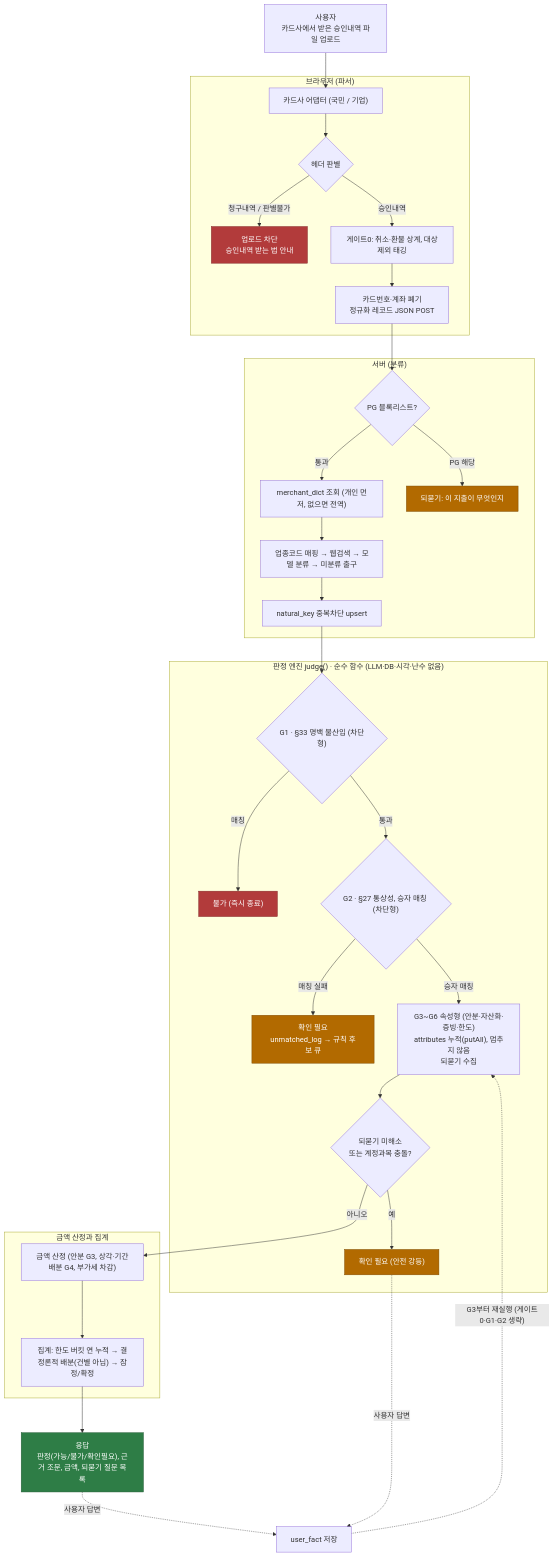
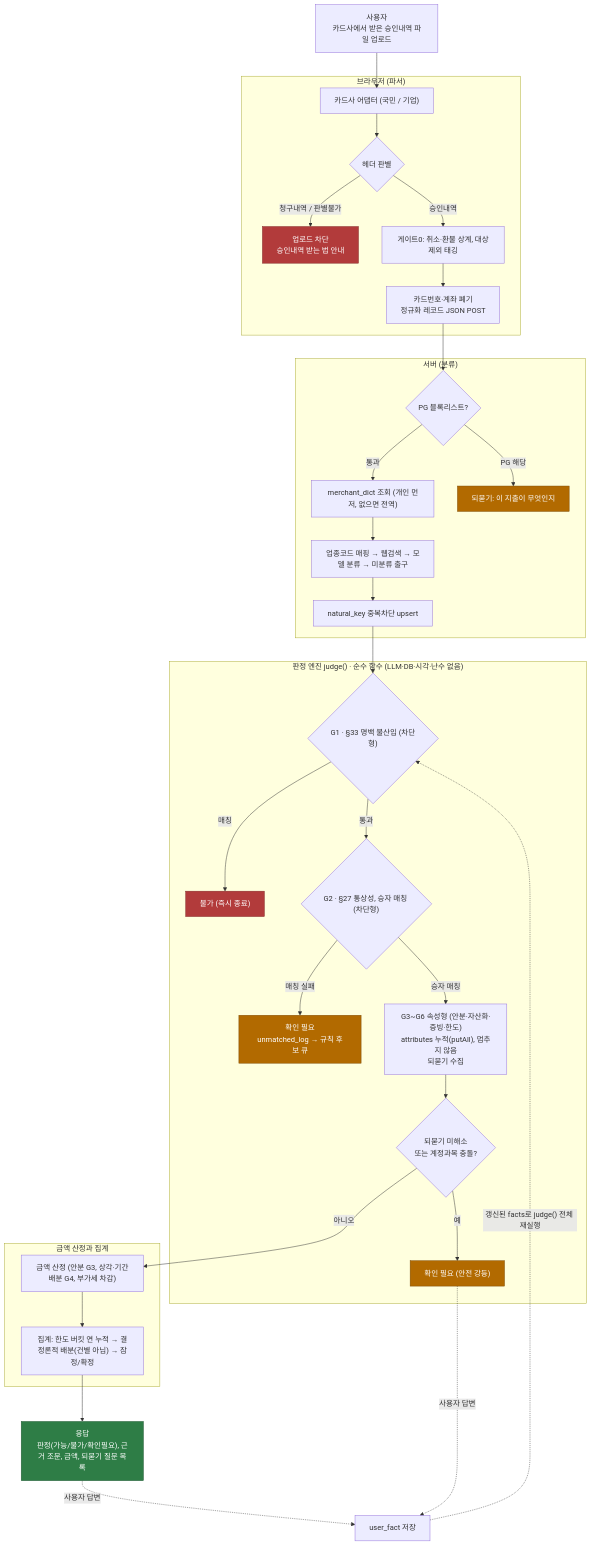
One commit to kakaotechcampus-4/ktc4-pusan-4 changed the first of 3 diagrams in docs/architecture.md. Above: the diagram before and after it, drawn with Mermaid.

Commit message:
docs: 다이어그램 반복 루프 수정

````diff
--- a/docs/architecture.md
+++ b/docs/architecture.md
@@ -14,65 +14,65 @@
 ```mermaid
 flowchart TD
     U["사용자<br/>카드사에서 받은 승인내역 파일 업로드"]
 
     subgraph BROWSER["브라우저 (파서)"]
         P1["카드사 어댑터 (국민 / 기업)"]
         P2{"헤더 판별"}
         BLOCK["업로드 차단<br/>승인내역 받는 법 안내"]
         P3["게이트0: 취소·환불 상계, 대상제외 태깅"]
         P4["카드번호·계좌 폐기<br/>정규화 레코드 JSON POST"]
         P1 --> P2
         P2 -->|"청구내역 / 판별불가"| BLOCK
         P2 -->|"승인내역"| P3 --> P4
     end
 
     subgraph SERVER["서버 (분류)"]
         S1{"PG 블록리스트?"}
         S2["merchant_dict 조회 (개인 먼저, 없으면 전역)"]
         S3["업종코드 매핑 → 웹검색 → 모델 분류 → 미분류 출구"]
         S4["natural_key 중복차단 upsert"]
         S1 -->|"PG 해당"| ASKC["되묻기: 이 지출이 무엇인지"]
         S1 -->|"통과"| S2 --> S3 --> S4
     end
 
     subgraph ENGINE["판정 엔진 judge() · 순수 함수 (LLM·DB·시각·난수 없음)"]
         G1{"G1 · §33 명백 불산입 (차단형)"}
         UNAV["불가 (즉시 종료)"]
         G2{"G2 · §27 통상성, 승자 매칭 (차단형)"}
         REVIEW["확인 필요<br/>unmatched_log → 규칙 후보 큐"]
         G36["G3~G6 속성형 (안분·자산화·증빙·한도)<br/>attributes 누적(putAll), 멈추지 않음<br/>되묻기 수집"]
         QCHK{"되묻기 미해소<br/>또는 계정과목 충돌?"}
         SAFE["확인 필요 (안전 강등)"]
         G1 -->|"매칭"| UNAV
         G1 -->|"통과"| G2
         G2 -->|"매칭 실패"| REVIEW
         G2 -->|"승자 매칭"| G36 --> QCHK
         QCHK -->|"예"| SAFE
     end
 
     subgraph AMOUNT["금액 산정과 집계"]
         AMT["금액 산정 (안분 G3, 상각·기간배분 G4, 부가세 차감)"]
         AGG["집계: 한도 버킷 연 누적 → 결정론적 배분(건별 아님) → 잠정/확정"]
         AMT --> AGG
     end
 
     RESP["응답<br/>판정(가능/불가/확인필요), 근거 조문, 금액, 되묻기 질문 목록"]
     FACT["user_fact 저장"]
 
     U --> P1
     P4 --> S1
     S4 --> G1
     QCHK -->|"아니오"| AMT
     AGG --> RESP
 
     RESP -.->|"사용자 답변"| FACT
     SAFE -.->|"사용자 답변"| FACT
-    FACT -.->|"G3부터 재실행 (게이트0·G1·G2 생략)"| G36
+    FACT -.->|"갱신된 facts로 judge() 전체 재실행"| G1
 
     classDef block fill:#b23b3b,color:#ffffff,stroke:#7f2626;
     classDef review fill:#b26a00,color:#ffffff,stroke:#7d4a00;
     classDef done fill:#2e7d46,color:#ffffff,stroke:#1f5731;
     class UNAV,BLOCK block;
     class REVIEW,SAFE,ASKC review;
     class RESP done;
 ```
````
